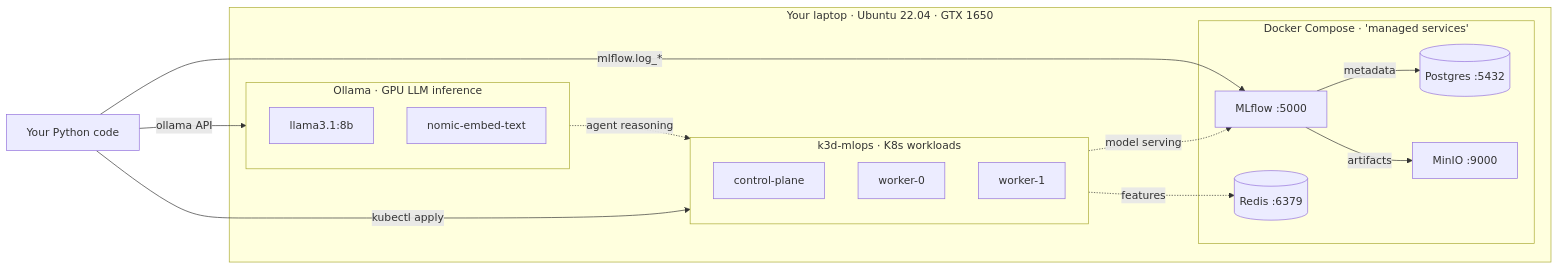
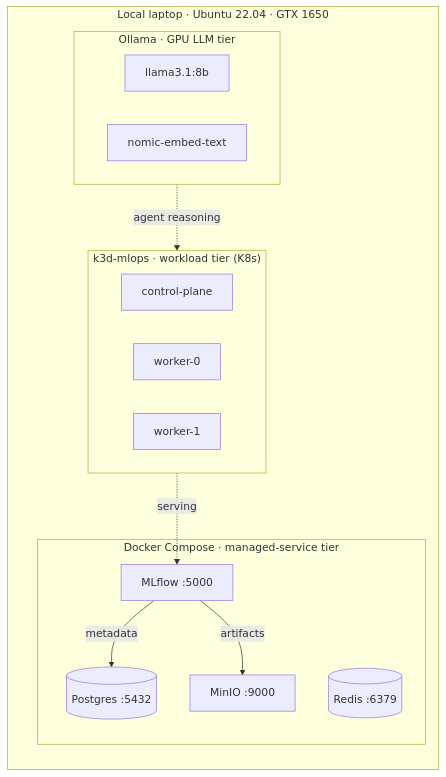
Before and after one commit to himanshunigam-456/Mlops-journey: the second of 2 diagrams in README.md, drawn with Mermaid. The commit also changed other lines of this file and 3 other files, not shown here.

````diff
--- a/README.md
+++ b/README.md
@@ -22,32 +57,27 @@
 ```mermaid
 flowchart LR
-    subgraph Host["Your laptop · Ubuntu 22.04 · GTX 1650"]
-        subgraph DC["Docker Compose · 'managed services'"]
+    subgraph Host["Local laptop · Ubuntu 22.04 · GTX 1650"]
+        subgraph DC["Docker Compose · managed-service tier"]
             MLF[MLflow :5000]
             PG[(Postgres :5432)]
             MIN[MinIO :9000]
             RDS[(Redis :6379)]
             MLF -->|metadata| PG
             MLF -->|artifacts| MIN
         end
 
-        subgraph K3D["k3d-mlops · K8s workloads"]
+        subgraph K3D["k3d-mlops · workload tier (K8s)"]
             CP[control-plane]
             W1[worker-0]
             W2[worker-1]
         end
 
-        subgraph OLL["Ollama · GPU LLM inference"]
+        subgraph OLL["Ollama · GPU LLM tier"]
             L8[llama3.1:8b]
             NE[nomic-embed-text]
         end
 
-        K3D -.->|model serving| MLF
-        K3D -.->|features| RDS
+        K3D -.->|serving| MLF
         OLL -.->|agent reasoning| K3D
     end
-
-    Code[Your Python code] -->|mlflow.log_*| MLF
-    Code -->|kubectl apply| K3D
-    Code -->|ollama API| OLL
 ```
````
